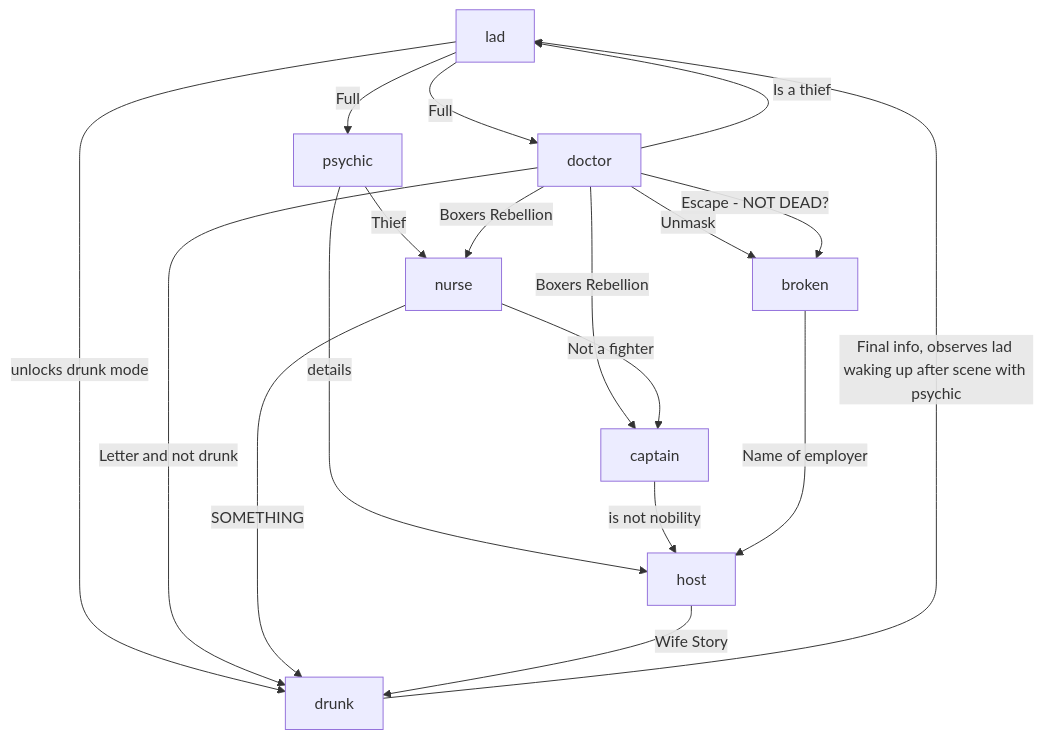
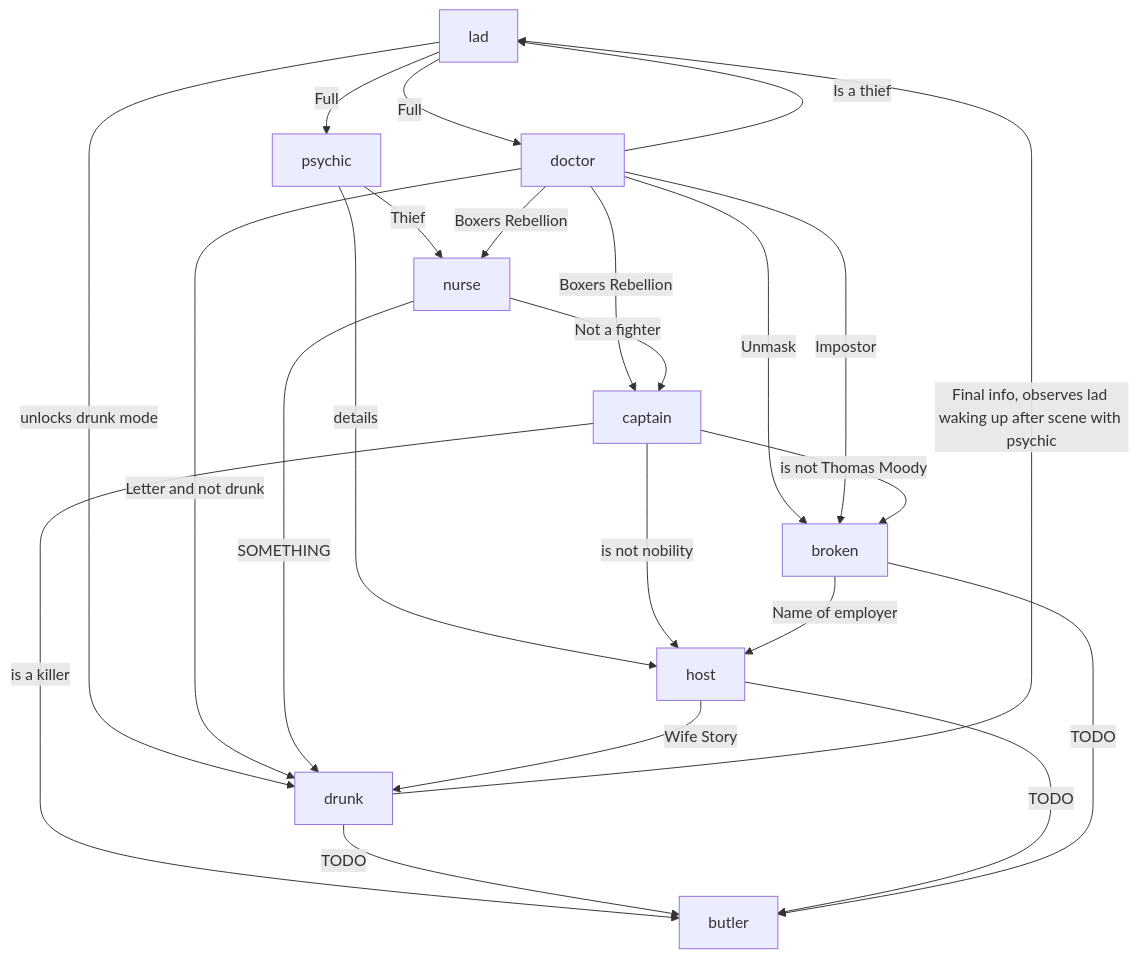
One commit to olivierpierre85/ClaythornManor changed the diagram in docs/game_story/unlock.md. Above: the diagram before and after it, drawn with Mermaid.

Commit message:
new idea of unlocking

````diff
--- a/docs/game_story/unlock.md
+++ b/docs/game_story/unlock.md
@@ -5,20 +5,25 @@
 ```mermaid
 graph TD;
     lad -->|Full| doctor;
     lad -->|Full| psychic;
     lad -->|unlocks drunk mode| drunk;
     psychic -->|Thief| nurse;
     psychic -->|details| host;
     doctor -->|Boxers Rebellion | nurse;
     doctor -->|Boxers Rebellion| captain;
     doctor -->|Letter and not drunk| drunk;
     doctor -->|Unmask| broken;
     doctor -->|Is a thief| lad;
-    doctor -->|Escape - NOT DEAD?| broken;
+    doctor -->|Impostor| broken;
     nurse -->|Not a fighter| captain;
     nurse -->|SOMETHING| drunk;
     captain -->|is not nobility| host;
+    captain -->|is not Thomas Moody| broken;
     broken -->|Name of employer| host;
     host -->|Wife Story| drunk;
     drunk -->|Final info, observes lad waking up after scene with psychic| lad;
+    captain -->|is a killer| butler;
+    drunk -->|TODO| butler;
+    host -->|TODO| butler;
+    broken -->|TODO| butler;
 ```
````
